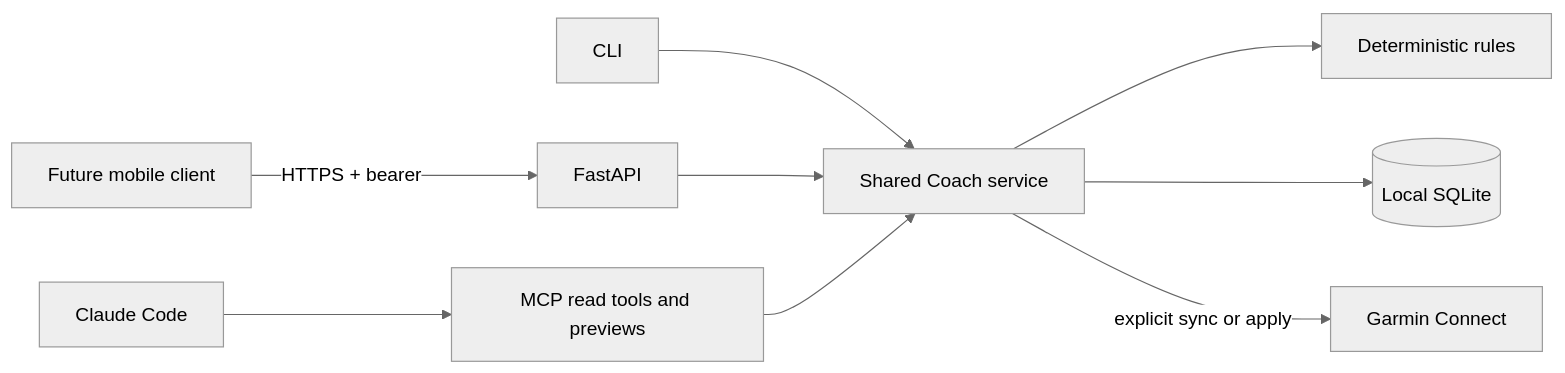
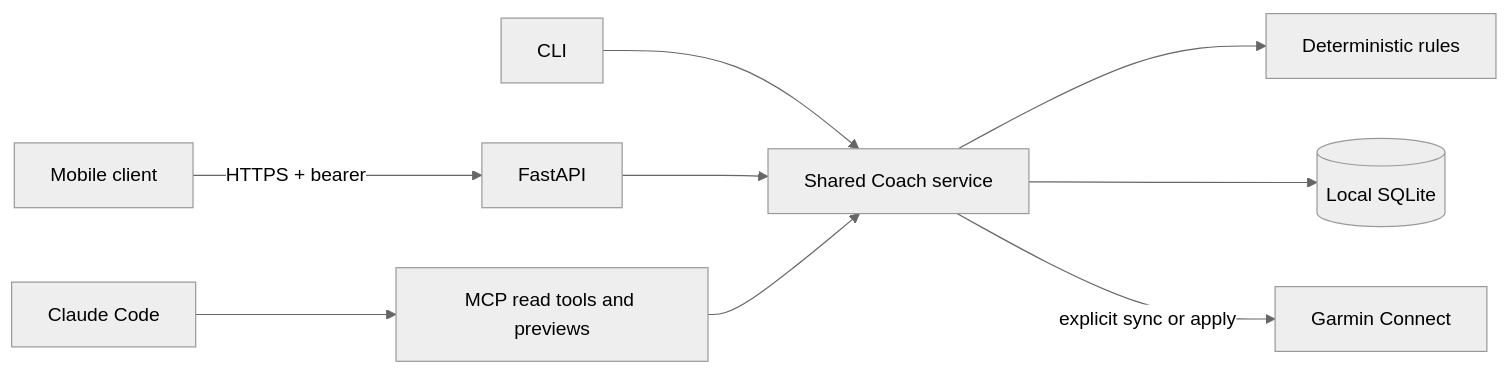
Before and after one commit to junlov/stride-coach: the diagram in docs/architecture.md, drawn with Mermaid (neutral theme). The commit also changed 45 other files, not shown here.

First line of the commit message:
feat(app): add Expo mobile client for Stride Coach (#2)

````diff
--- a/docs/architecture.md
+++ b/docs/architecture.md
@@ -15,11 +15,11 @@
 ```mermaid
 flowchart LR
     CLI[CLI] --> Service[Shared Coach service]
-    Phone[Future mobile client] -->|HTTPS + bearer| API[FastAPI]
+    Phone[Mobile client] -->|HTTPS + bearer| API[FastAPI]
     API --> Service
     Claude[Claude Code] --> MCP[MCP read tools and previews]
     MCP --> Service
     Service --> Engine[Deterministic rules]
     Service --> DB[(Local SQLite)]
     Service -->|explicit sync or apply| Garmin[Garmin Connect]
 ```
````
